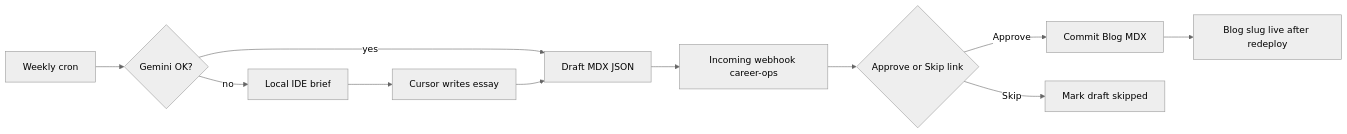
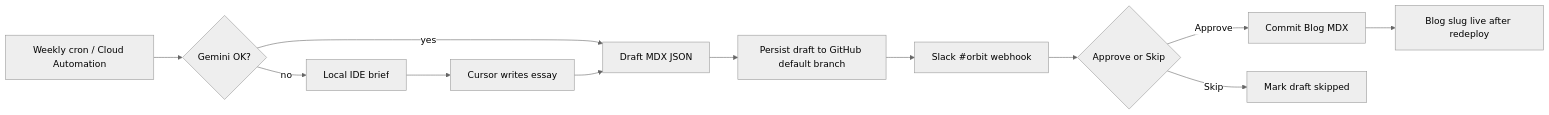
One commit to AlexTouvras/Orbit changed the diagram in docs/architecture/weekly-write-pipeline.md. Above: the diagram before and after it, drawn with Mermaid (neutral theme). The commit also changed other lines of this file and 8 other files, not shown here.

First line of the commit message:
fix: post full weekly Write essay in Slack

````diff
--- a/docs/architecture/weekly-write-pipeline.md
+++ b/docs/architecture/weekly-write-pipeline.md
@@ -5,13 +5,14 @@
 ```mermaid
 flowchart LR
-  cron[Weekly cron] --> gemini{Gemini OK?}
+  cron[Weekly cron / Cloud Automation] --> gemini{Gemini OK?}
   gemini -->|yes| draft[Draft MDX JSON]
   gemini -->|no| ideBrief[Local IDE brief]
   ideBrief --> cursor[Cursor writes essay]
   cursor --> draft
-  draft --> slack[Incoming webhook career-ops]
-  slack --> you{Approve or Skip link}
+  draft --> sync[Persist draft to GitHub default branch]
+  sync --> slack[Slack #orbit webhook]
+  slack --> you{Approve or Skip}
   you -->|Approve| publish[Commit Blog MDX]
   you -->|Skip| discard[Mark draft skipped]
   publish --> site[Blog slug live after redeploy]
 ```
````
